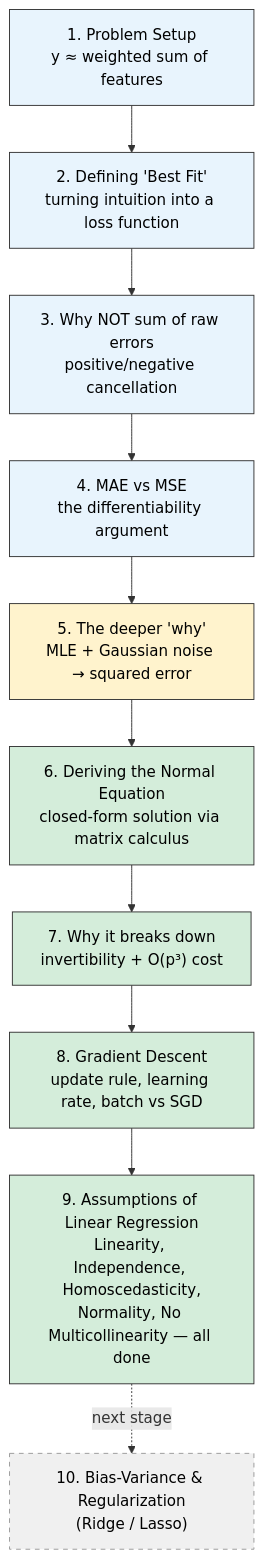
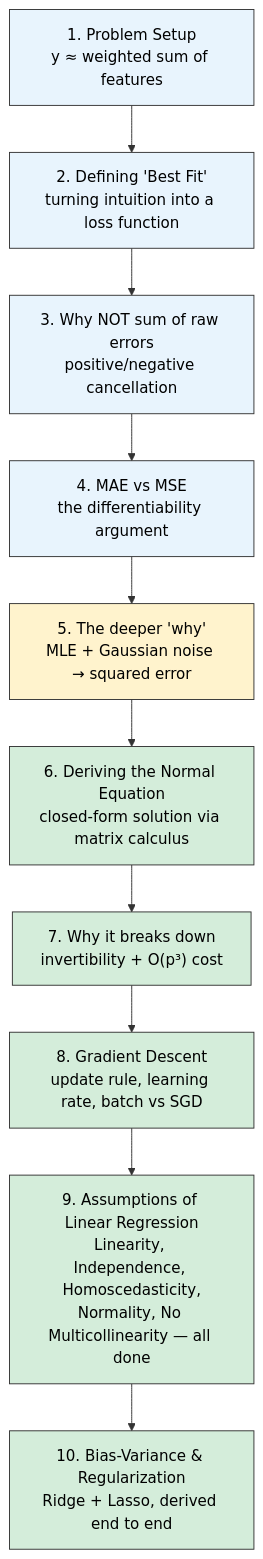
The diagram in linear-regression/01_linear_regression_deep_dive.md (AyushDevadiga1/Machine-Learning), drawn with Mermaid before and after one commit. The commit also changed other lines of this file, not shown here.

Commit message:
The final and complete copy of Linear Regression roadmap

````diff
--- a/linear-regression/01_linear_regression_deep_dive.md
+++ b/linear-regression/01_linear_regression_deep_dive.md
@@ -9,23 +9,23 @@
 ```mermaid
 flowchart TD
     A["1. Problem Setup<br/>y ≈ weighted sum of features"] --> B["2. Defining 'Best Fit'<br/>turning intuition into a loss function"]
     B --> C["3. Why NOT sum of raw errors<br/>positive/negative cancellation"]
     C --> D["4. MAE vs MSE<br/>the differentiability argument"]
     D --> E["5. The deeper 'why'<br/>MLE + Gaussian noise → squared error"]
     E --> F["6. Deriving the Normal Equation<br/>closed-form solution via matrix calculus"]
     F --> G["7. Why it breaks down<br/>invertibility + O(p³) cost"]
     G --> H["8. Gradient Descent<br/>update rule, learning rate, batch vs SGD"]
     H --> I["9. Assumptions of Linear Regression<br/>Linearity, Independence, Homoscedasticity,<br/>Normality, No Multicollinearity — all done"]
-    I -.->|"next stage"| J["10. Bias-Variance & Regularization<br/>(Ridge / Lasso)"]
+    I --> J["10. Bias-Variance & Regularization<br/>Ridge + Lasso, derived end to end"]
 
     style A fill:#e8f4fd,stroke:#333,color:#000
     style B fill:#e8f4fd,stroke:#333,color:#000
     style C fill:#e8f4fd,stroke:#333,color:#000
     style D fill:#e8f4fd,stroke:#333,color:#000
     style E fill:#fff3cd,stroke:#333,color:#000
     style F fill:#d4edda,stroke:#333,color:#000
     style G fill:#d4edda,stroke:#333,color:#000
     style H fill:#d4edda,stroke:#333,color:#000
     style I fill:#d4edda,stroke:#333,color:#000
-    style J fill:#f0f0f0,stroke:#999,stroke-dasharray: 5 5,color:#000
+    style J fill:#d4edda,stroke:#333,color:#000
 ```
````
